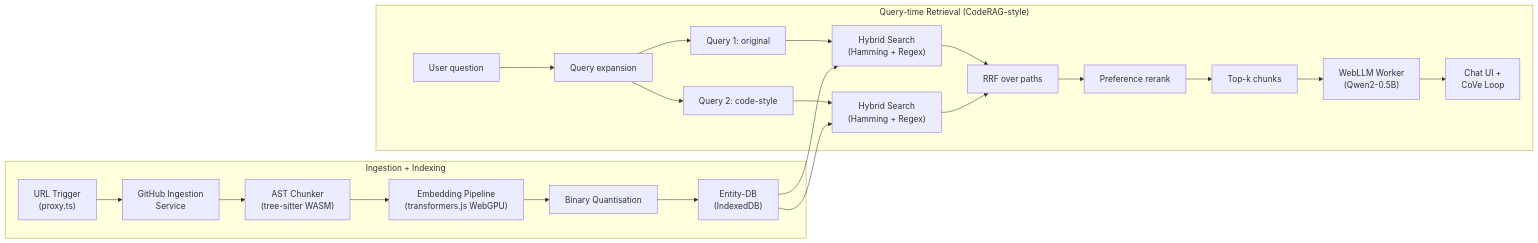
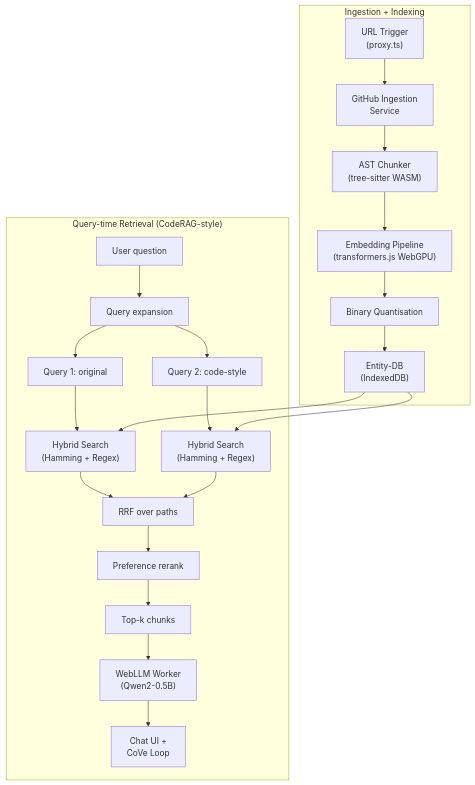
Before and after one commit to FloareDor/gitask: the diagram in README.md, drawn with Mermaid. The commit also changed other lines of this file, not shown here.

Commit message:
fix(readme): make architecture diagram vertical

````diff
--- a/README.md
+++ b/README.md
@@ -9,26 +9,26 @@
 ```mermaid
-flowchart LR
+flowchart TB
   subgraph Build["Ingestion + Indexing"]
     A["URL Trigger<br/>(proxy.ts)"] --> B["GitHub Ingestion<br/>Service"]
     B --> C["AST Chunker<br/>(tree-sitter WASM)"]
     C --> D["Embedding Pipeline<br/>(transformers.js WebGPU)"]
     D --> E["Binary Quantisation"]
     E --> F["Entity-DB<br/>(IndexedDB)"]
   end
 
   subgraph Query["Query-time Retrieval (CodeRAG-style)"]
     Q["User question"] --> QE["Query expansion"]
     QE --> Q1["Query 1: original"]
     QE --> Q2["Query 2: code-style"]
     Q1 --> H1["Hybrid Search<br/>(Hamming + Regex)"]
     Q2 --> H2["Hybrid Search<br/>(Hamming + Regex)"]
     F --> H1
     F --> H2
     H1 --> RRF["RRF over paths"]
     H2 --> RRF
     RRF --> Pref["Preference rerank"]
     Pref --> Top["Top-k chunks"]
     Top --> I["WebLLM Worker<br/>(Qwen2-0.5B)"]
     I --> J["Chat UI +<br/>CoVe Loop"]
   end
 ```
````
